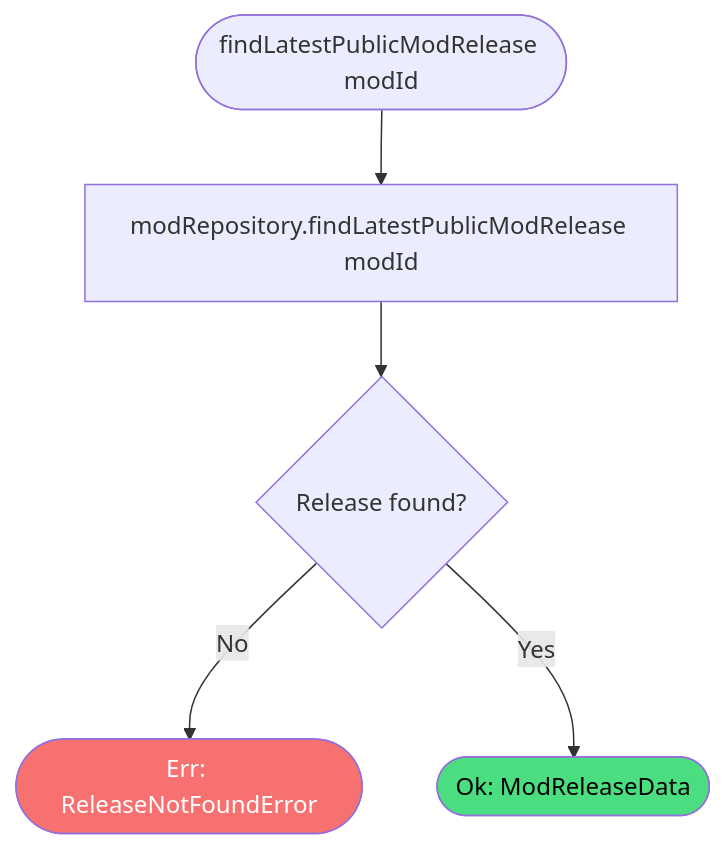
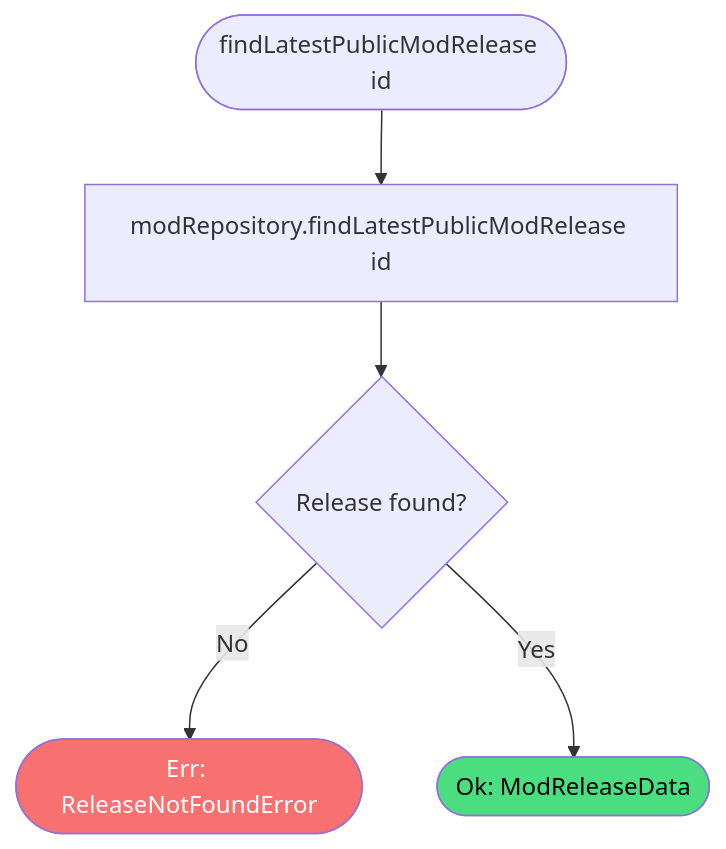
One commit to flying-dice/dcs-dropzone changed the diagram in docs/webapp/spec/get-latest-mod-release.md. Above: the diagram before and after it, drawn with Mermaid. The commit also changed other lines of this file and 5 other files, not shown here.

````diff
--- a/docs/webapp/spec/get-latest-mod-release.md
+++ b/docs/webapp/spec/get-latest-mod-release.md
@@ -38,12 +38,12 @@
 ```mermaid
 flowchart TD
-    Start([findLatestPublicModRelease modId]) --> Query[modRepository.findLatestPublicModRelease modId]
+    Start([findLatestPublicModRelease id]) --> Query[modRepository.findLatestPublicModRelease id]
 
     Query --> Found{Release found?}
 
     Found -- No --> ErrNotFound([Err: ReleaseNotFoundError])
     Found -- Yes --> Done([Ok: ModReleaseData])
 
     style ErrNotFound fill:#f87171,color:#fff
     style Done fill:#4ade80,color:#000
 ```
````
